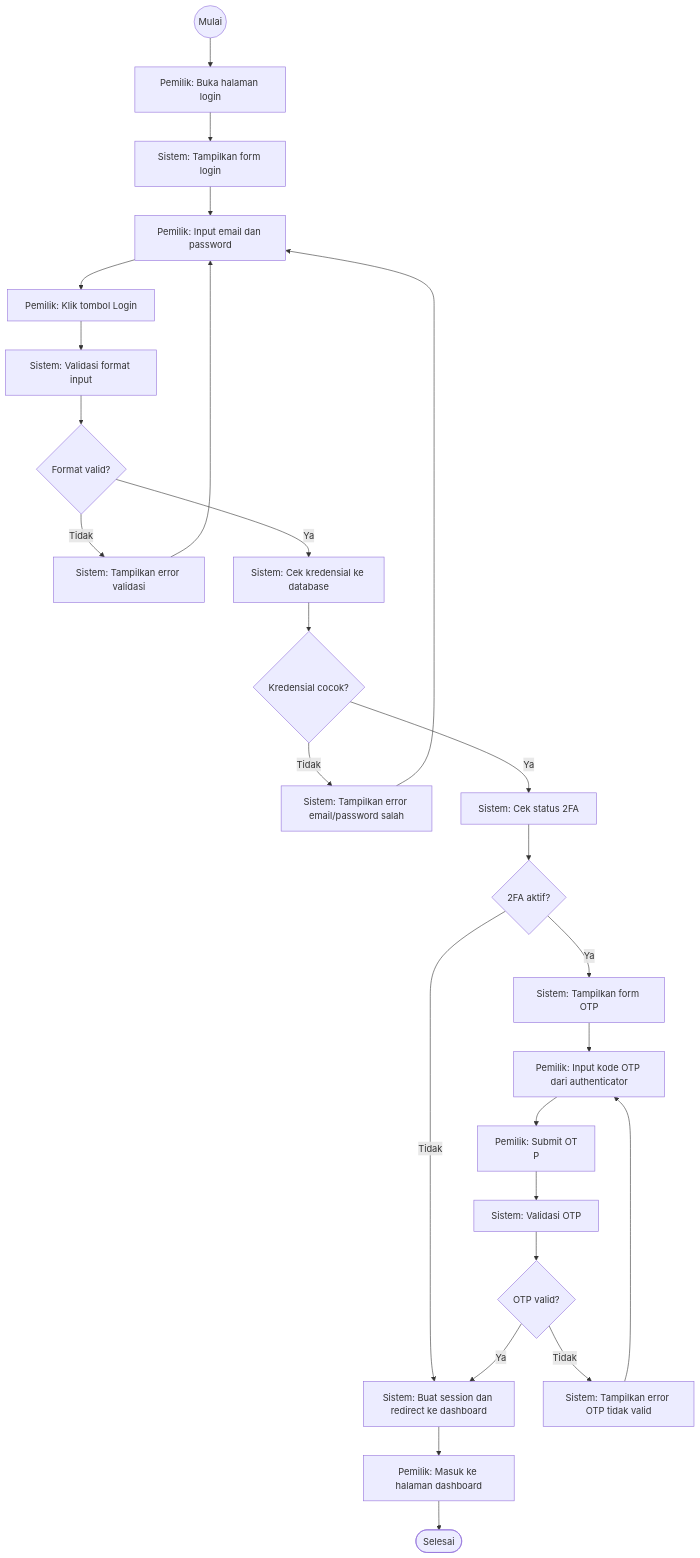
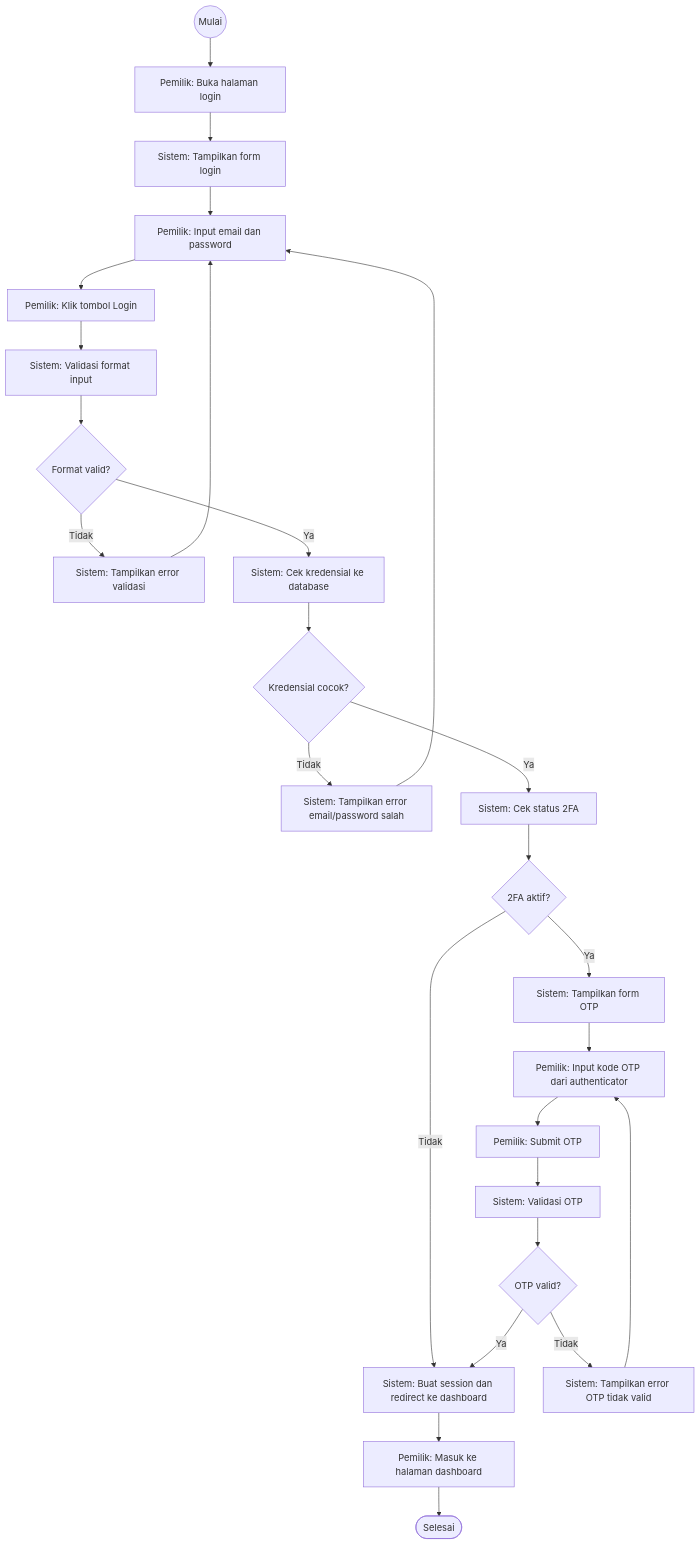
One commit to devWebs01/POS-DW changed diagram 23 of 40 in docs/4.2-perancangan-sistem.md. Above: the diagram before and after it, drawn with Mermaid. The commit also changed other lines of this file, not shown here.

First line of the commit message:
fix: repair 14 broken mermaid diagrams (split arrows & multiline labels)

````diff
--- a/docs/4.2-perancangan-sistem.md
+++ b/docs/4.2-perancangan-sistem.md
@@ -1636,37 +1627,36 @@
 ```mermaid
 flowchart TD
   start((Mulai))
   A_A["Pemilik: Buka halaman login"]
   start --> A_A
   S_A["Sistem: Tampilkan form login"]
   A_A --> S_A
   A_B["Pemilik: Input email dan password"]
   S_A --> A_B
   A_C["Pemilik: Klik tombol Login"]
   A_B --> A_C
   S_B["Sistem: Validasi format input"]
   A_C --> S_B
   D_A{"Format valid?"}
   S_B --> D_A
   D_A -->|Tidak| E_A["Sistem: Tampilkan error validasi"]
   E_A -->
  A_B
   D_A -->|Ya| S_C["Sistem: Cek kredensial ke database"]
   S_C --> D_B{"Kredensial cocok?"}
   D_B -->|Tidak| E_B["Sistem: Tampilkan error email/password salah"]
   E_B --> A_B
   D_B -->|Ya| S_D["Sistem: Cek status 2FA"]
   S_D --> D_C{"2FA aktif?"}
   D_C -->|Tidak| S_G
   D_C -->|Ya| S_E["Sistem: Tampilkan form OTP"]
   S_E --> A_D["Pemilik: Input kode OTP dari authenticator"]
-  A_D --> A_E["Pemilik: Submit OT
-P"]
+  A_D --> A_E["Pemilik: Submit OTP"]
   A_E --> S_F["Sistem: Validasi OTP"]
   S_F --> D_D{"OTP valid?"}
   D_D -->|Tidak| E_C["Sistem: Tampilkan error OTP tidak valid"]
   E_C --> A_D
   D_D -->|Ya| S_G["Sistem: Buat session dan redirect ke dashboard"]
   S_G --> A_F["Pemilik: Masuk ke halaman dashboard"]
   A_F --> end_success([Selesai])
 ```
````
